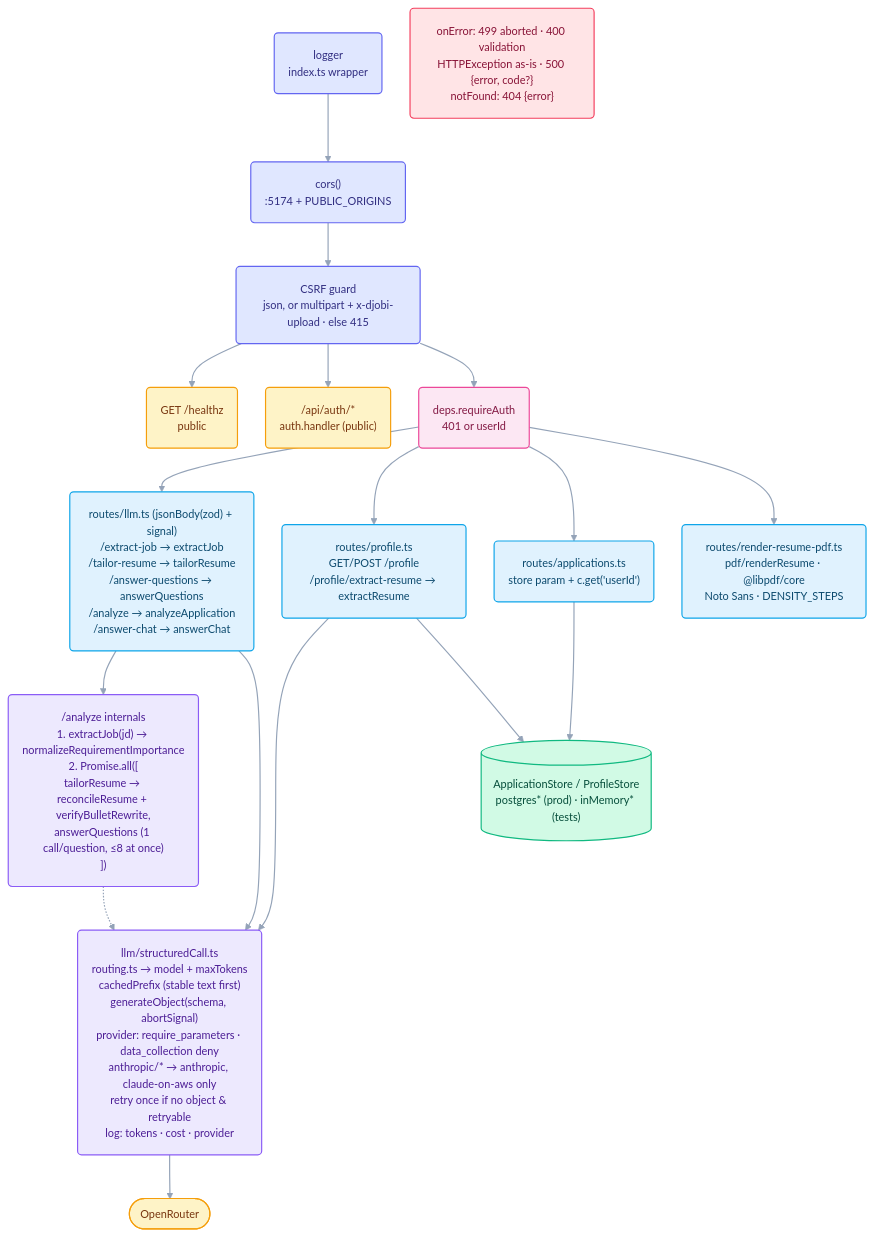
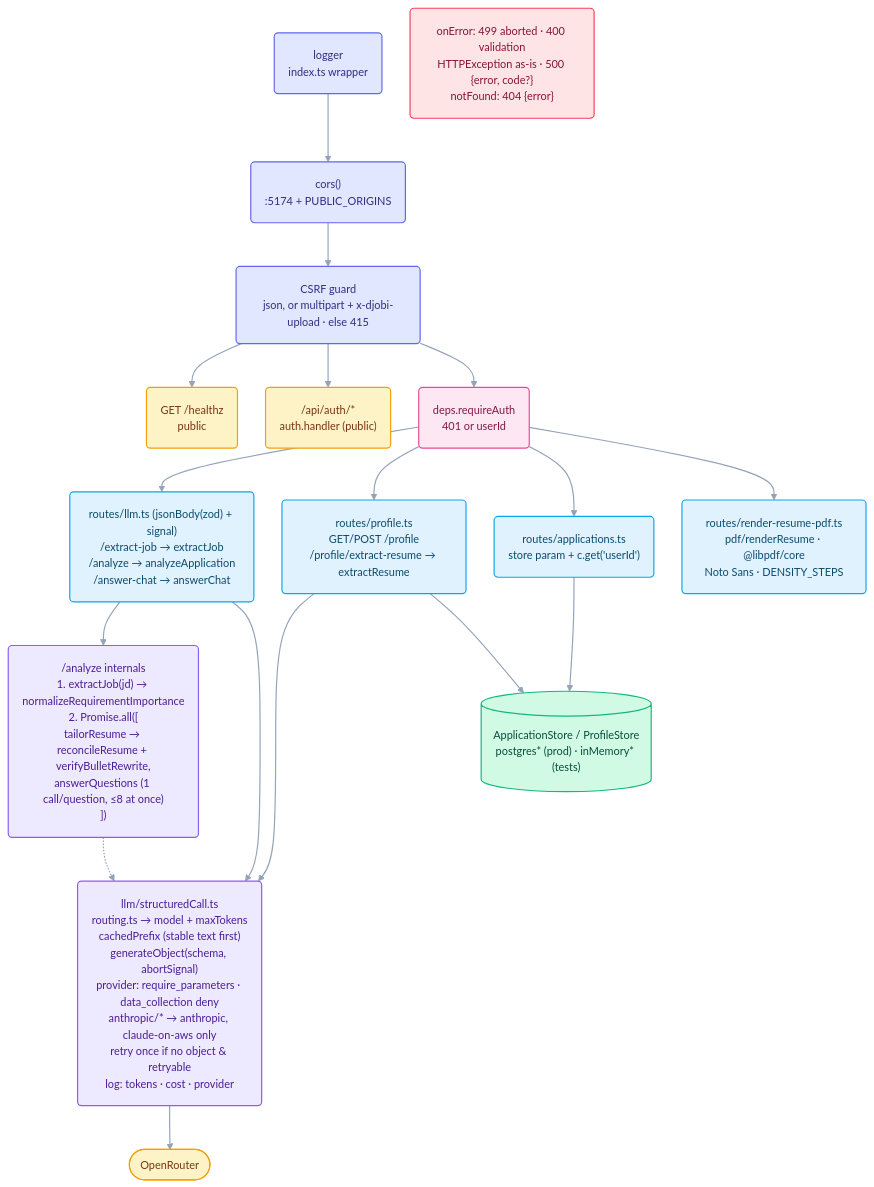
Before and after one commit to Akhtam/djobi: the first of 2 diagrams in apps/backend/README.md, drawn with Mermaid. The commit also changed other lines of this file and 227 other files, not shown here.

````diff
--- a/apps/backend/README.md
+++ b/apps/backend/README.md
@@ -24,64 +16,64 @@
 ```mermaid
 ---
 config:
   theme: base
   themeVariables:
     fontFamily: "-apple-system, BlinkMacSystemFont, Segoe UI, Helvetica, Arial, sans-serif"
     fontSize: "14px"
     primaryColor: "#f1f5f9"
     primaryBorderColor: "#94a3b8"
     primaryTextColor: "#0f172a"
     textColor: "#334155"
     lineColor: "#94a3b8"
     edgeLabelBackground: "#f8fafc"
     clusterBkg: "#f8fafc"
     clusterBorder: "#cbd5e1"
     titleColor: "#64748b"
   flowchart:
     curve: basis
     padding: 18
     nodeSpacing: 36
     rankSpacing: 56
 ---
 flowchart TB
   logger("logger<br/>index.ts wrapper") --> cors("cors()<br/>:5174 + PUBLIC_ORIGINS")
   cors --> csrf("CSRF guard<br/>json, or multipart + x-djobi-upload · else 415")
   csrf --> healthz("GET /healthz<br/>public")
   csrf --> authRoutes("/api/auth/*<br/>auth.handler (public)")
   csrf --> requireAuth("deps.requireAuth<br/>401 or userId")
 
-  requireAuth --> llmRoutes("routes/llm.ts (jsonBody(zod) + signal)<br/>/extract-job → extractJob<br/>/tailor-resume → tailorResume<br/>/answer-questions → answerQuestions<br/>/analyze → analyzeApplication<br/>/answer-chat → answerChat")
+  requireAuth --> llmRoutes("routes/llm.ts (jsonBody(zod) + signal)<br/>/extract-job → extractJob<br/>/analyze → analyzeApplication<br/>/answer-chat → answerChat")
   requireAuth --> profileRoute("routes/profile.ts<br/>GET/POST /profile<br/>/profile/extract-resume → extractResume")
   requireAuth --> appRoutes("routes/applications.ts<br/>store param + c.get('userId')")
   requireAuth --> renderRoute("routes/render-resume-pdf.ts<br/>pdf/renderResume · @libpdf/core<br/>Noto Sans · DENSITY_STEPS")
 
   llmRoutes --> analyze("/analyze internals<br/>1. extractJob(jd) → normalizeRequirementImportance<br/>2. Promise.all([<br/>tailorResume → reconcileResume + verifyBulletRewrite,<br/>answerQuestions (1 call/question, ≤8 at once)<br/>])")
   llmRoutes --> structured
   analyze -.-> structured
   profileRoute --> structured("llm/structuredCall.ts<br/>routing.ts → model + maxTokens<br/>cachedPrefix (stable text first)<br/>generateObject(schema, abortSignal)<br/>provider: require_parameters · data_collection deny<br/>anthropic/* → anthropic, claude-on-aws only<br/>retry once if no object & retryable<br/>log: tokens · cost · provider")
   structured --> openrouter(["OpenRouter"])
 
   profileRoute --> stores[("ApplicationStore / ProfileStore<br/>postgres* (prod) · inMemory* (tests)")]
   appRoutes --> stores
 
   errors("onError: 499 aborted · 400 validation<br/>HTTPException as-is · 500 {error, code?}<br/>notFound: 404 {error}")
 
   classDef page fill:#ffedd5,stroke:#f97316,stroke-width:1.5px,color:#7c2d12
   classDef worker fill:#fce7f3,stroke:#ec4899,stroke-width:1.5px,color:#831843
   classDef ui fill:#ede9fe,stroke:#8b5cf6,stroke-width:1.5px,color:#4c1d95
   classDef http fill:#e0f2fe,stroke:#0ea5e9,stroke-width:1.5px,color:#0c4a6e
   classDef data fill:#d1fae5,stroke:#10b981,stroke-width:1.5px,color:#064e3b
   classDef external fill:#fef3c7,stroke:#f59e0b,stroke-width:1.5px,color:#78350f
   classDef entry fill:#e0e7ff,stroke:#6366f1,stroke-width:1.5px,color:#312e81
   classDef danger fill:#ffe4e6,stroke:#f43f5e,stroke-width:1.5px,color:#881337
   class logger,cors,csrf entry
   class healthz,authRoutes external
   class requireAuth worker
   class llmRoutes,profileRoute,appRoutes,renderRoute http
   class analyze,structured ui
   class openrouter external
   class stores data
   class errors danger
 
   linkStyle default stroke:#94a3b8,stroke-width:1.5px
 ```
````
